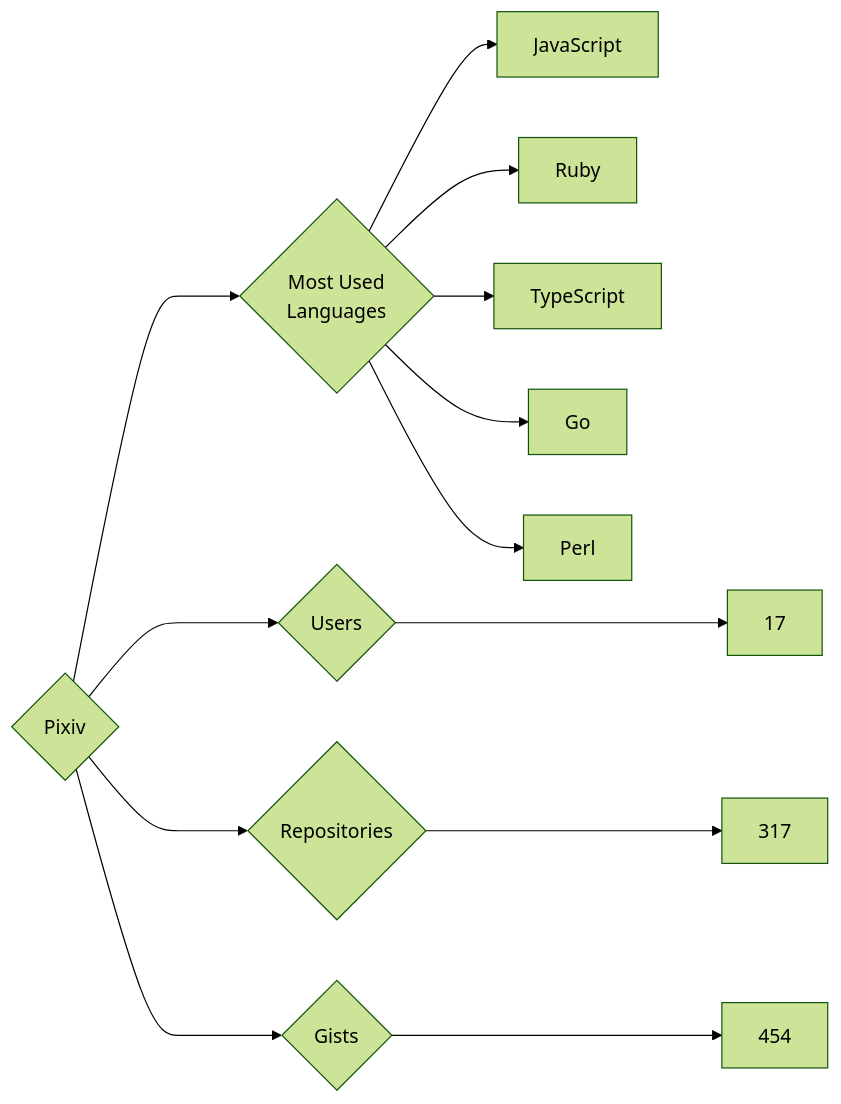
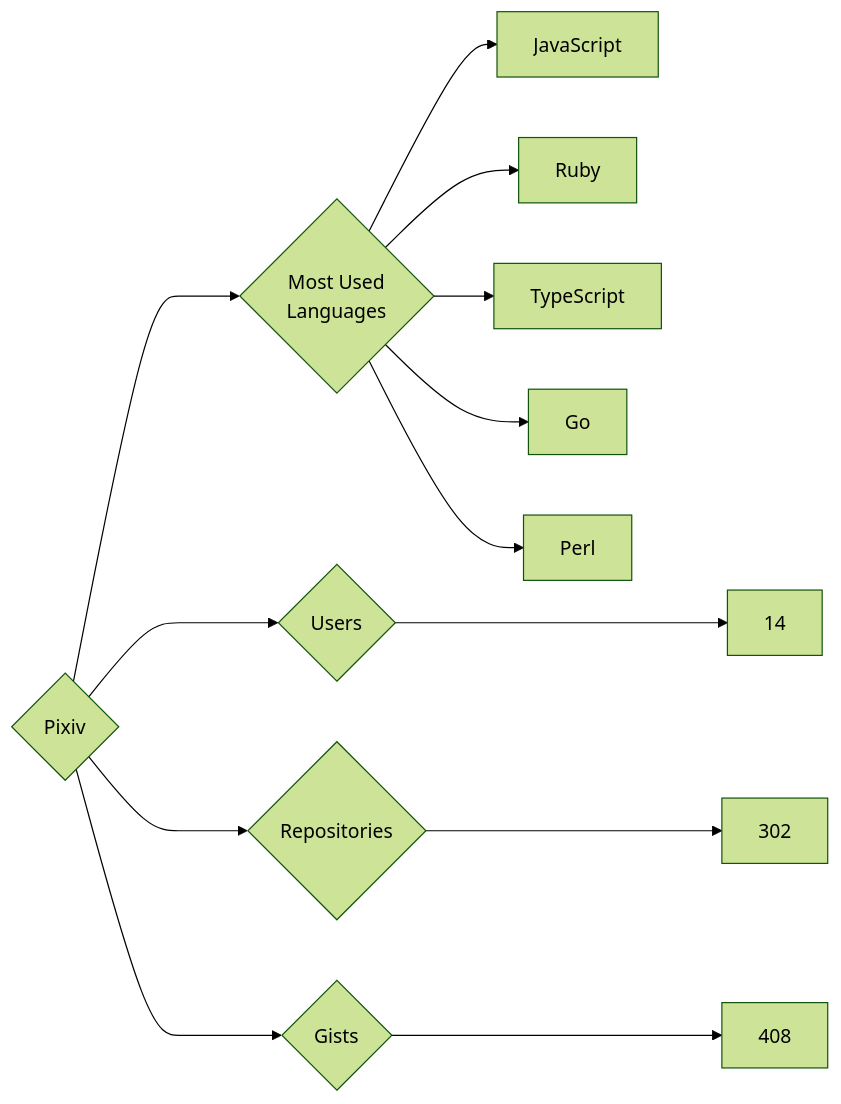
The diagram in targets/Pixiv/README.md (trickest/insiders), drawn with Mermaid (forest theme) before and after one commit. The commit also changed 973 other files, not shown here.

````diff
--- a/targets/Pixiv/README.md
+++ b/targets/Pixiv/README.md
@@ -3,13 +3,13 @@
 ```mermaid
 graph LR
 COMPANY_NAME{Pixiv}
-COMPANY_NAME ---> U{Users} ---> UN[17]
-COMPANY_NAME ---> R{Repositories} ---> RN[317]
-COMPANY_NAME ---> G{Gists} ---> GN[454]
+COMPANY_NAME ---> U{Users} ---> UN[14]
+COMPANY_NAME ---> R{Repositories} ---> RN[302]
+COMPANY_NAME ---> G{Gists} ---> GN[408]
 COMPANY_NAME ---> ML{Most Used<br>Languages}
 ML --> JavaScript[JavaScript]
 ML --> Ruby[Ruby]
 ML --> TypeScript[TypeScript]
 ML --> Go[Go]
 ML --> Perl[Perl]
 ```
````
